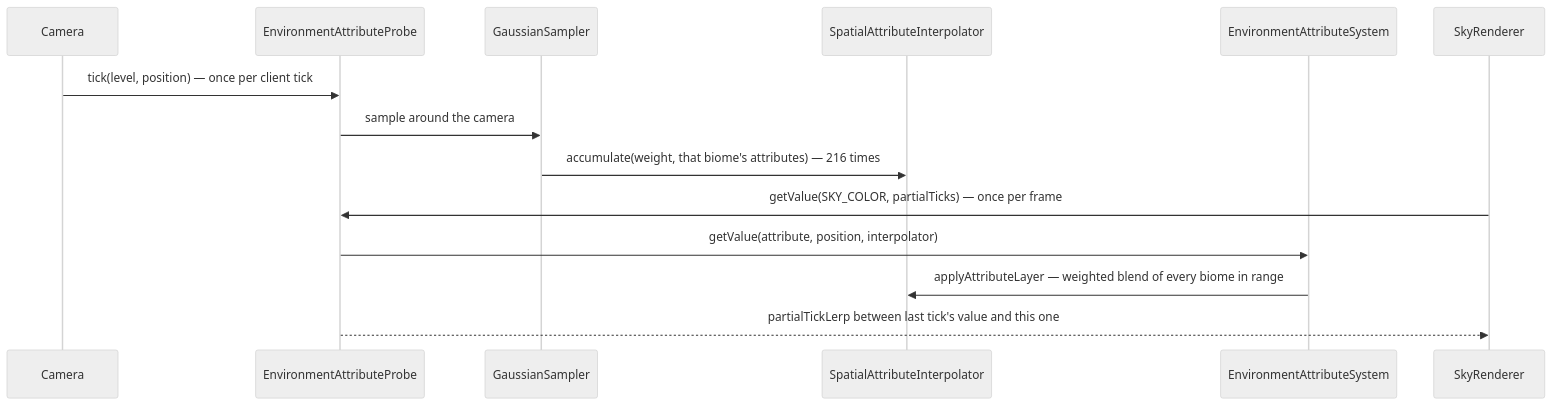
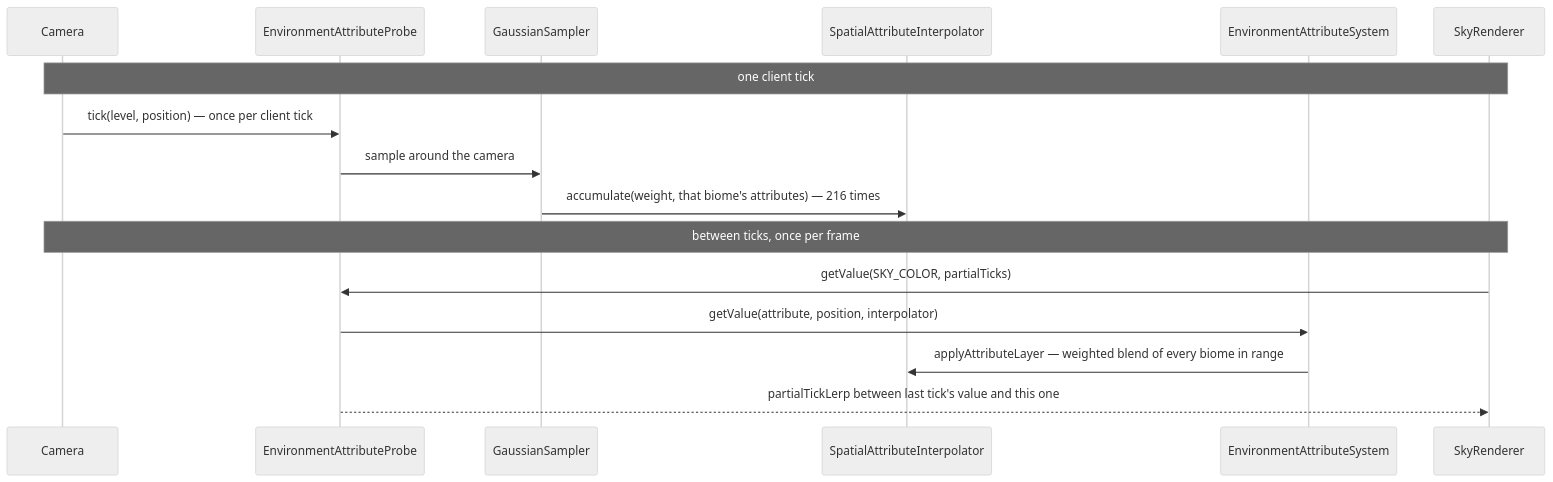
Before and after one commit to AlexanderjFraser/MinecraftDocs: the third of 3 diagrams in src/systems/world/environment-attributes-and-timelines.md, drawn with Mermaid (neutral theme). The commit also changed other lines of this file and 44 other files, not shown here.

````diff
--- a/src/systems/world/environment-attributes-and-timelines.md
+++ b/src/systems/world/environment-attributes-and-timelines.md
@@ -244,17 +294,19 @@
 ```mermaid
 sequenceDiagram
-    participant Cam as Camera
-    participant Probe as EnvironmentAttributeProbe
+    participant Camera as Camera
+    participant EAP as EnvironmentAttributeProbe
     participant GS as GaussianSampler
     participant SAI as SpatialAttributeInterpolator
     participant EAS as EnvironmentAttributeSystem
-    participant Sky as SkyRenderer
+    participant SR as SkyRenderer
 
-    Cam->>Probe: tick(level, position) — once per client tick
-    Probe->>GS: sample around the camera
+    Note over Camera,SR: one client tick
+    Camera->>EAP: tick(level, position) — once per client tick
+    EAP->>GS: sample around the camera
     GS->>SAI: accumulate(weight, that biome's attributes) — 216 times
-    Sky->>Probe: getValue(SKY_COLOR, partialTicks) — once per frame
-    Probe->>EAS: getValue(attribute, position, interpolator)
+    Note over Camera,SR: between ticks, once per frame
+    SR->>EAP: getValue(SKY_COLOR, partialTicks)
+    EAP->>EAS: getValue(attribute, position, interpolator)
     EAS->>SAI: applyAttributeLayer — weighted blend of every biome in range
-    Probe-->>Sky: partialTickLerp between last tick's value and this one
+    EAP-->>SR: partialTickLerp between last tick's value and this one
 ```
````
